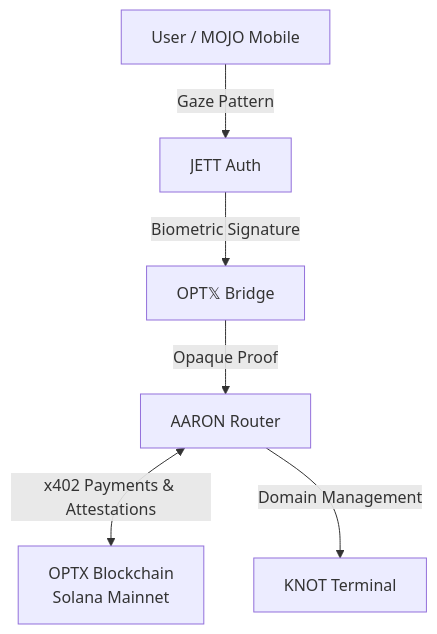
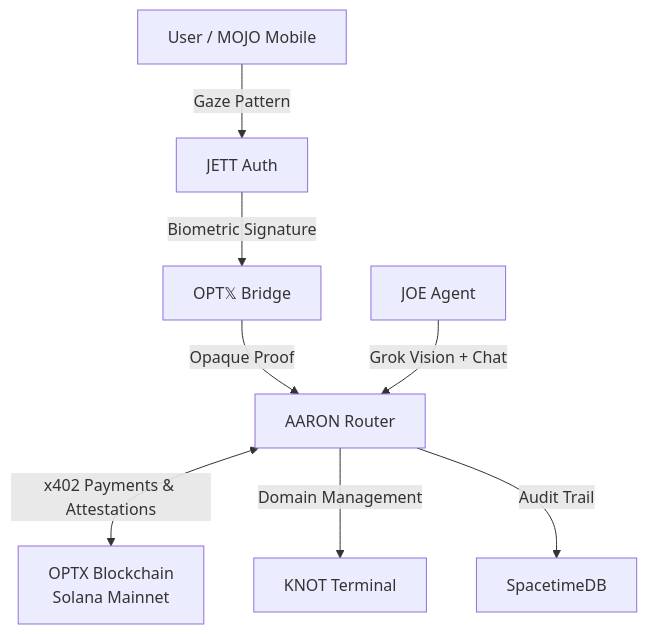
Before and after one commit to jett22JOE/JTX-CSTB.TRUST.DEPIN: the diagram in README.md, drawn with Mermaid. The commit also changed other lines of this file and 5 other files, not shown here.

````diff
--- a/README.md
+++ b/README.md
@@ -31,8 +35,10 @@
 ```mermaid
 graph TD
     User[User / MOJO Mobile] -->|Gaze Pattern| JETT[JETT Auth]
     JETT -->|Biometric Signature| OPTX_BRIDGE["OPT𝕏 Bridge"]
     OPTX_BRIDGE -->|Opaque Proof| AARON[AARON Router]
     AARON <-->|x402 Payments & Attestations| OPTXChain["OPTX Blockchain<br/>Solana Mainnet"]
     AARON -->|Domain Management| KNOT[KNOT Terminal]
+    AARON -->|Audit Trail| STDB[SpacetimeDB]
+    JOE[JOE Agent] -->|Grok Vision + Chat| AARON
 ```
````
